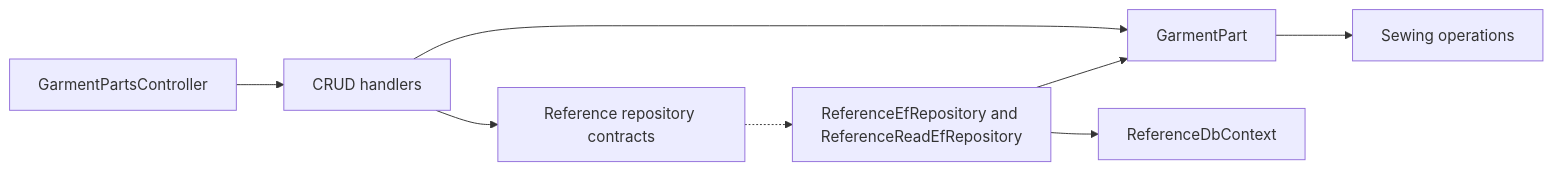
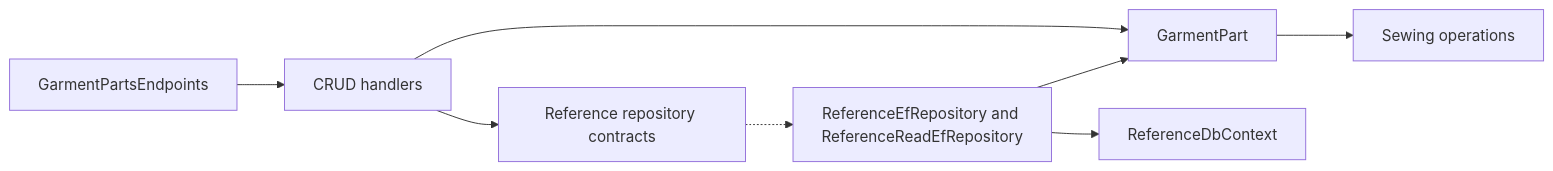
The diagram in docs/sdd/features/reference/garment-parts.md (Weretik/BreviERP), drawn with Mermaid before and after one commit. The commit also changed other lines of this file and 299 other files, not shown here.

````diff
--- a/docs/sdd/features/reference/garment-parts.md
+++ b/docs/sdd/features/reference/garment-parts.md
@@ -32,10 +32,10 @@
 ```mermaid
 flowchart LR
-    A["GarmentPartsController"] --> B["CRUD handlers"]
+    A["GarmentPartsEndpoints"] --> B["CRUD handlers"]
     B --> C["GarmentPart"]
     B --> D["Reference repository contracts"]
     D -.-> E["ReferenceEfRepository and ReferenceReadEfRepository"]
     E --> F["ReferenceDbContext"]
     E --> C
     C --> G["Sewing operations"]
 ```
````
